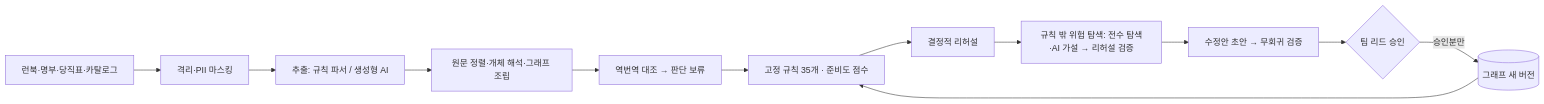
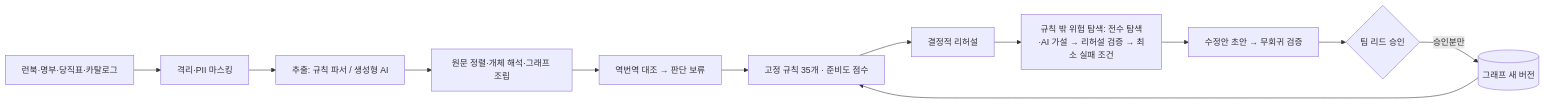
The diagram in README.md (euihakheo1/jettae-ops), drawn with Mermaid before and after one commit. The commit also changed other lines of this file and 13 other files, not shown here.

````diff
--- a/README.md
+++ b/README.md
@@ -127,14 +129,14 @@
 ```mermaid
 flowchart LR
   A[런북·명부·당직표·카탈로그] --> G[격리·PII 마스킹]
   G --> X[추출: 규칙 파서 / 생성형 AI]
   X --> AS[원문 정렬·개체 해석·그래프 조립]
   AS --> V[역번역 대조 → 판단 보류]
   V --> C[고정 규칙 35개 · 준비도 점수]
   C --> R[결정적 리허설]
-  R --> E[규칙 밖 위험 탐색: 전수 탐색·AI 가설 → 리허설 검증]
+  R --> E[규칙 밖 위험 탐색: 전수 탐색·AI 가설 → 리허설 검증 → 최소 실패 조건]
   E --> D[수정안 초안 → 무회귀 검증]
   D --> H{팀 리드 승인}
   H -->|승인분만| GV[(그래프 새 버전)]
   GV --> C
 ```
````
